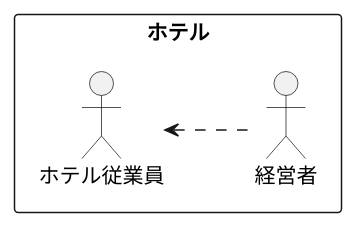
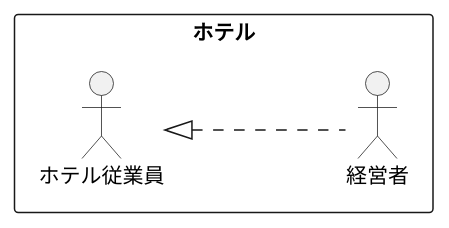
One commit to kenkensan/uml-introduction changed the diagram in 演習2-2_ホテル従業員.pu. Above: the diagram before and after it, drawn with PlantUML.

Commit message:
直した

```diff
--- a/演習2-2_ホテル従業員.pu
+++ b/演習2-2_ホテル従業員.pu
@@ -1,8 +1,8 @@
 @startuml 演習2-1
 left to right direction
 rectangle ホテル {
 actor 経営者
 actor ホテル従業員
 }
-ホテル従業員 <.. 経営者
+ホテル従業員 <|... 経営者
 @enduml
```
